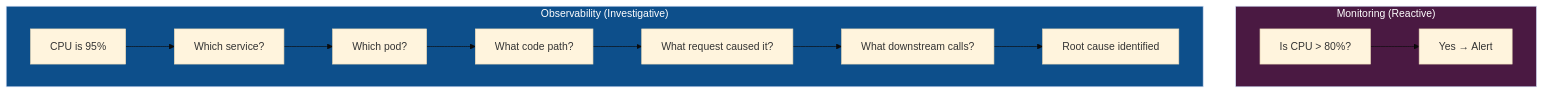
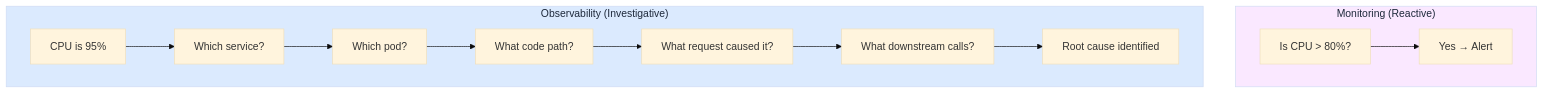
Before and after one commit to XUanhoa04/aiops-engineering-handbook: the first of 9 diagrams in docs/en/01-observability/README.md, drawn with Mermaid (base theme). The commit also changed other lines of this file and 39 other files, not shown here.

First line of the commit message:
docs: concept-first Ch.08-12, collapse code, soft Mermaid colors

````diff
--- a/docs/en/01-observability/README.md
+++ b/docs/en/01-observability/README.md
@@ -79,18 +79,18 @@
 ```mermaid
 graph TD
     subgraph Monitoring["Monitoring (Reactive)"]
         M1[Is CPU > 80%?] --> M2[Yes → Alert]
     end
 
     subgraph Observability["Observability (Investigative)"]
         O1[CPU is 95%] --> O2[Which service?]
         O2 --> O3[Which pod?]
         O3 --> O4[What code path?]
         O4 --> O5[What request caused it?]
         O5 --> O6[What downstream calls?]
         O6 --> O7[Root cause identified]
     end
 
-    style Monitoring fill:#4a1942,color:#fff
-    style Observability fill:#0d4f8b,color:#fff
+    style Monitoring fill:#fae8ff,color:#1e293b
+    style Observability fill:#dbeafe,color:#1e293b
 ```
````
